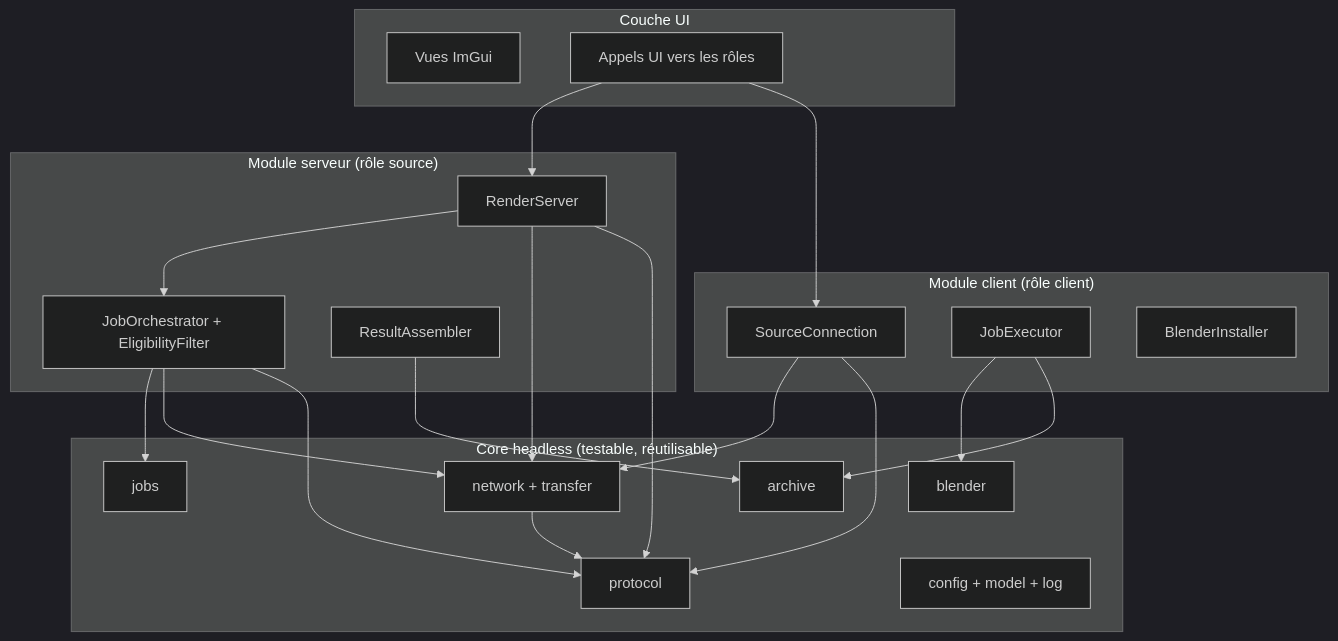
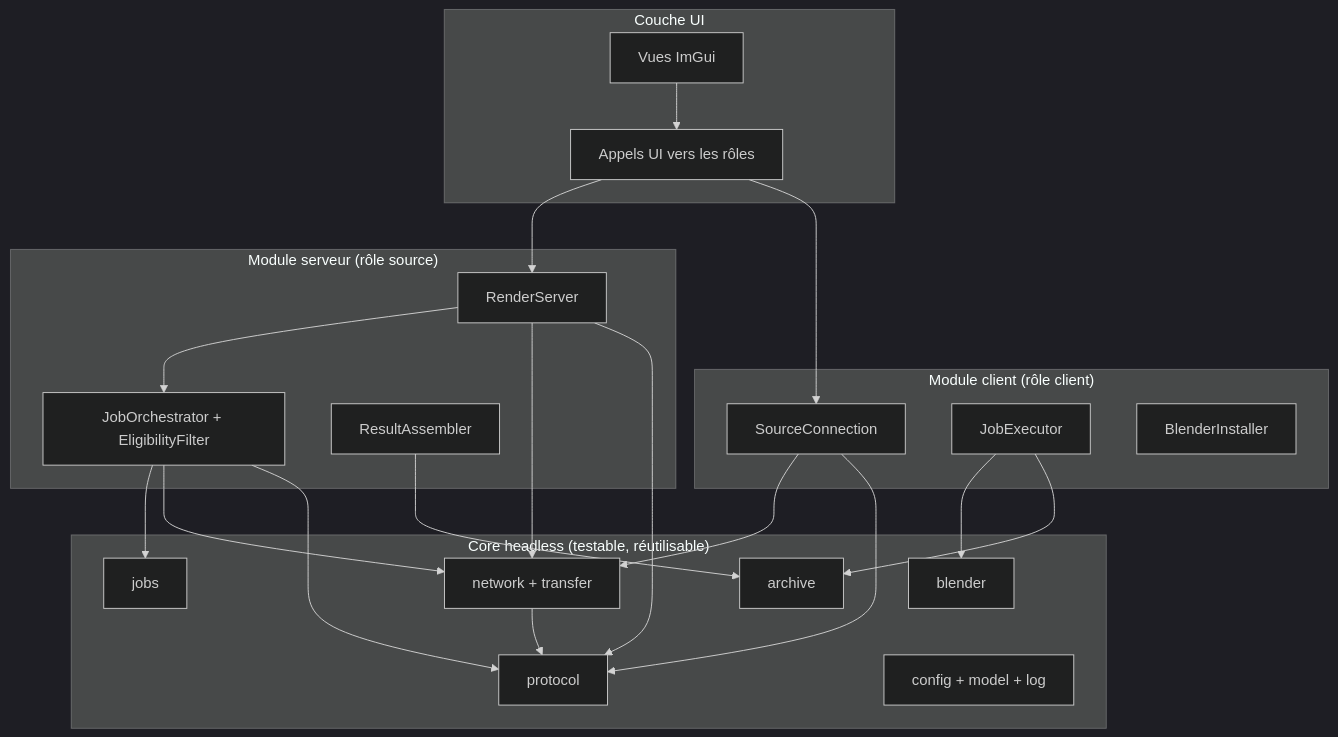
The fourth of 5 diagrams in docs/cahier-des-charges-blendnet.md (damien-briand/BlendNet), drawn with Mermaid (dark theme) before and after one commit. The commit also changed other lines of this file and 34 other files, not shown here.

````diff
--- a/docs/cahier-des-charges-blendnet.md
+++ b/docs/cahier-des-charges-blendnet.md
@@ -382,39 +386,40 @@
 ```mermaid
 flowchart TD
   subgraph UI["Couche UI"]
-    QML["Vues ImGui"]
+    VIEWS["Vues ImGui"]
     CTRL["Appels UI vers les rôles"]
   end
   subgraph SRV["Module serveur (rôle source)"]
     RS["RenderServer"]
     ORCH["JobOrchestrator + EligibilityFilter"]
     ASM["ResultAssembler"]
   end
   subgraph CLI["Module client (rôle client)"]
     SC["SourceConnection"]
     JE["JobExecutor"]
     BI["BlenderInstaller"]
   end
   subgraph CORE["Core headless (testable, réutilisable)"]
     NET["network + transfer"]
     JOBS["jobs"]
     BLND["blender"]
     ARCH["archive"]
     PROTO["protocol"]
     CONF["config + model + log"]
   end
+  VIEWS --> CTRL
   CTRL --> RS
   CTRL --> SC
   RS --> ORCH
   RS --> NET
   ORCH --> JOBS
   ORCH --> NET
   ASM --> ARCH
   SC --> NET
   SC --> PROTO
   JE --> BLND
   JE --> ARCH
   NET --> PROTO
   RS --> PROTO
   ORCH --> PROTO
 ```
````
